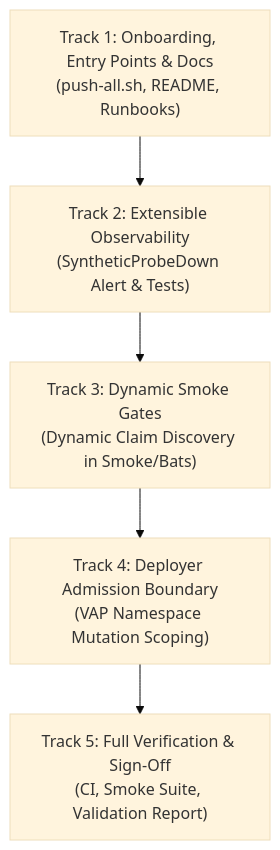
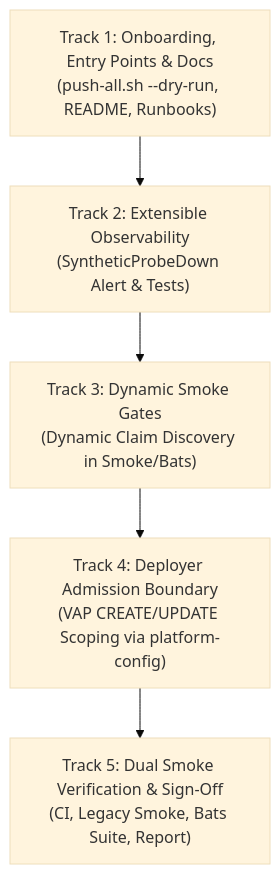
Before and after one commit to brunobml/gitops-control-plane: the diagram in docs/remediation/2026-10-06-lab-assessment/2026-10-06-lab-remediation-plan.md, drawn with Mermaid (base theme). The commit also changed other lines of this file, not shown here.

````diff
--- a/docs/remediation/2026-10-06-lab-assessment/2026-10-06-lab-remediation-plan.md
+++ b/docs/remediation/2026-10-06-lab-assessment/2026-10-06-lab-remediation-plan.md
@@ -214,13 +266,13 @@
 ```mermaid
 flowchart TD
-    T1["Track 1: Onboarding, Entry Points & Docs<br/>(push-all.sh, README, Runbooks)"]
+    T1["Track 1: Onboarding, Entry Points & Docs<br/>(push-all.sh --dry-run, README, Runbooks)"]
     T2["Track 2: Extensible Observability<br/>(SyntheticProbeDown Alert & Tests)"]
     T3["Track 3: Dynamic Smoke Gates<br/>(Dynamic Claim Discovery in Smoke/Bats)"]
-    T4["Track 4: Deployer Admission Boundary<br/>(VAP Namespace Mutation Scoping)"]
-    T5["Track 5: Full Verification & Sign-Off<br/>(CI, Smoke Suite, Validation Report)"]
+    T4["Track 4: Deployer Admission Boundary<br/>(VAP CREATE/UPDATE Scoping via platform-config)"]
+    T5["Track 5: Dual Smoke Verification & Sign-Off<br/>(CI, Legacy Smoke, Bats Suite, Report)"]
 
     T1 --> T2
     T2 --> T3
     T3 --> T4
     T4 --> T5
 ```
````
